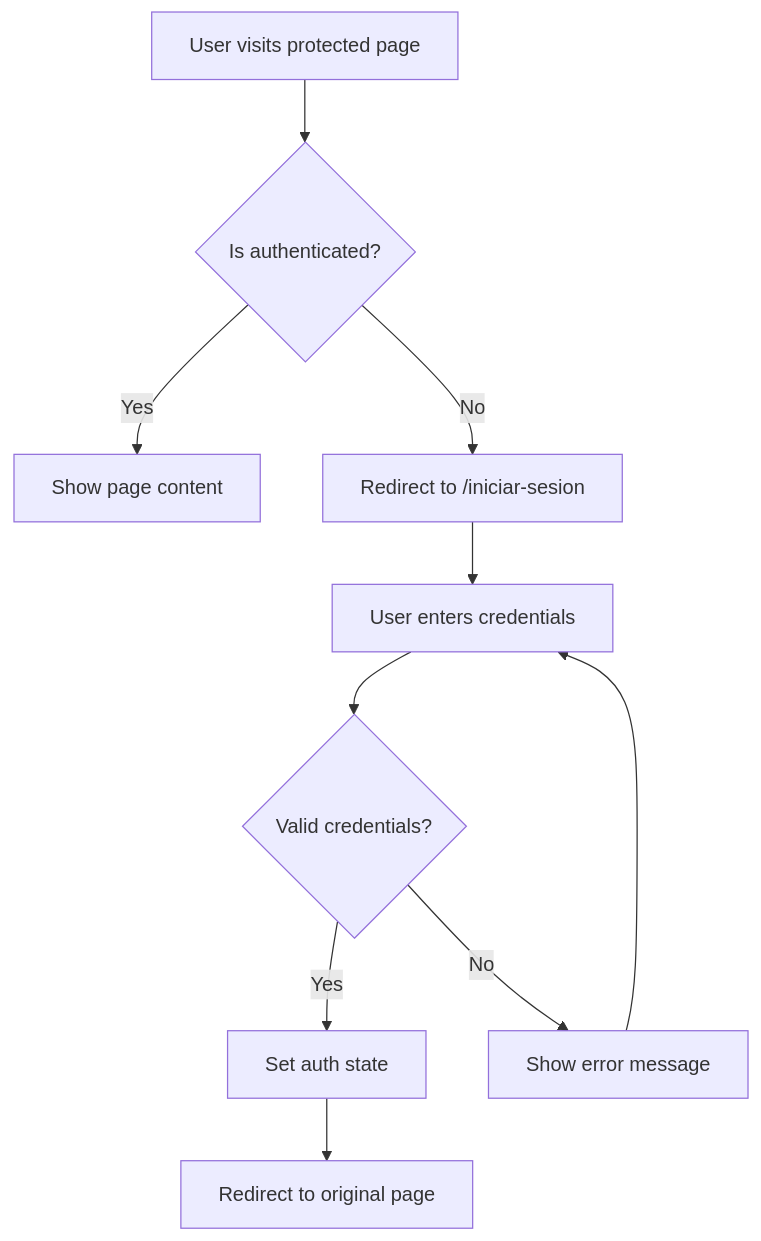
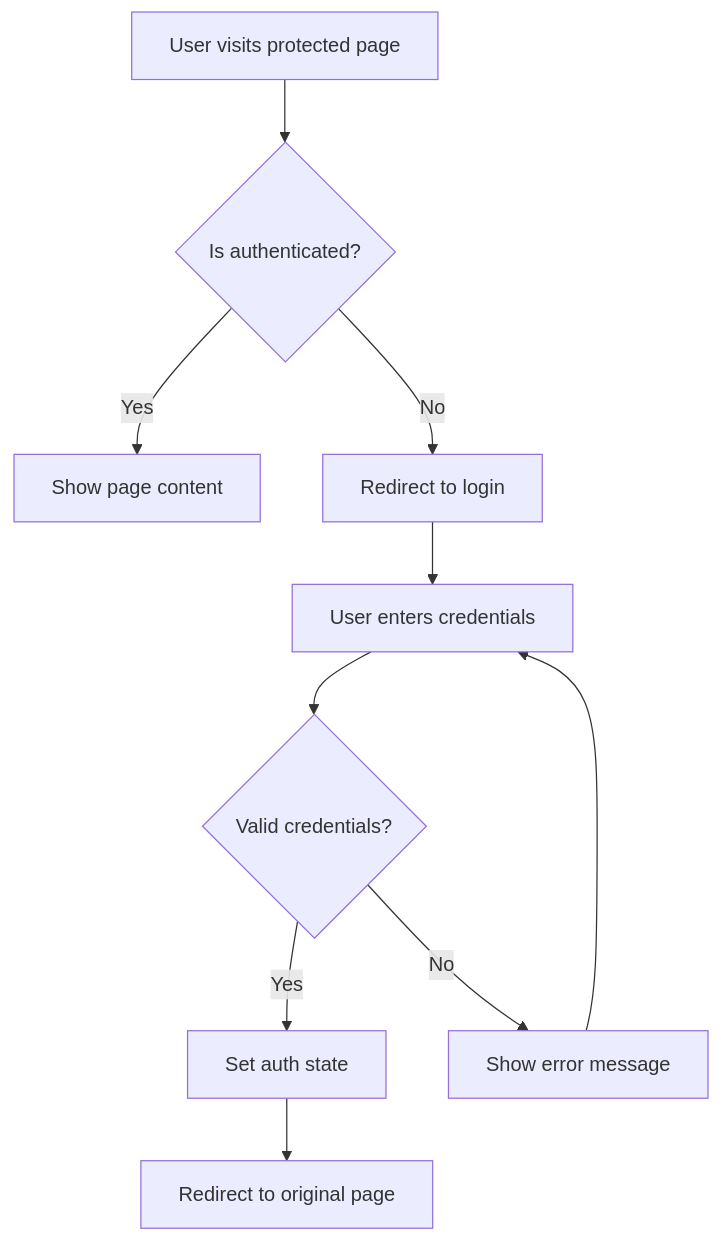
Before and after one commit to jorgejac1/hechomx: the first of 11 diagrams in docs/FLOWS.md, drawn with Mermaid. The commit also changed other lines of this file and 9 other files, not shown here.

````diff
--- a/docs/FLOWS.md
+++ b/docs/FLOWS.md
@@ -20,12 +20,12 @@
 ```mermaid
 flowchart TD
-    A[User visits protected page] --> B{Is authenticated?}
-    B -->|Yes| C[Show page content]
-    B -->|No| D[Redirect to /iniciar-sesion]
-    D --> E[User enters credentials]
-    E --> F{Valid credentials?}
-    F -->|Yes| G[Set auth state]
-    G --> H[Redirect to original page]
-    F -->|No| I[Show error message]
+    A["User visits protected page"] --> B{"Is authenticated?"}
+    B -->|Yes| C["Show page content"]
+    B -->|No| D["Redirect to login"]
+    D --> E["User enters credentials"]
+    E --> F{"Valid credentials?"}
+    F -->|Yes| G["Set auth state"]
+    G --> H["Redirect to original page"]
+    F -->|No| I["Show error message"]
     I --> E
 ```
````
